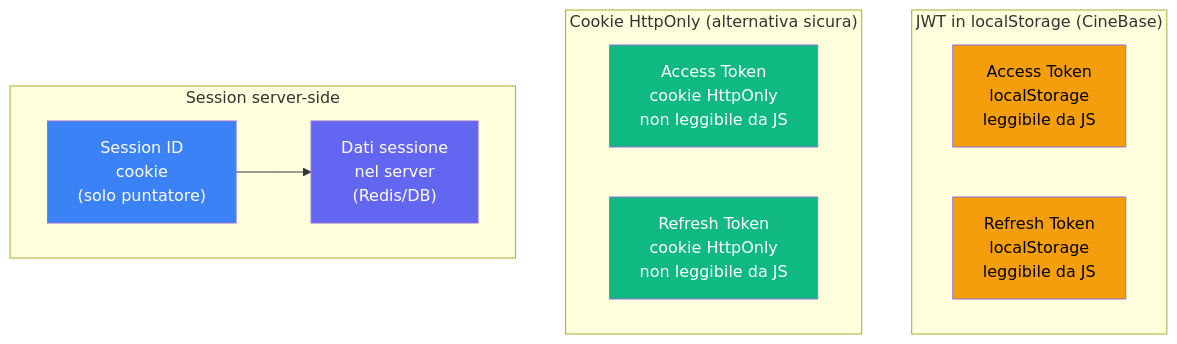
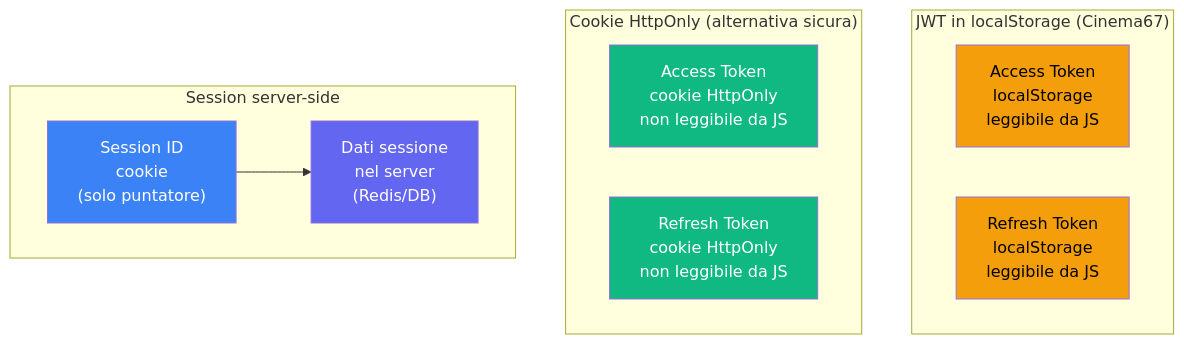
The sixth of 18 diagrams in docs/tutorials/TUTORIAL_AUTENTICAZIONE_WEB.md (GioeleUselli/Cinema67), drawn with Mermaid before and after one commit. The commit also changed other lines of this file and 123 other files, not shown here.

````diff
--- a/docs/tutorials/TUTORIAL_AUTENTICAZIONE_WEB.md
+++ b/docs/tutorials/TUTORIAL_AUTENTICAZIONE_WEB.md
@@ -649,25 +649,25 @@
 ```mermaid
 graph TD
-    subgraph JWT_LS["JWT in localStorage (CineBase)"]
+    subgraph JWT_LS["JWT in localStorage (Cinema67)"]
         LS_AT["Access Token\nlocalStorage\nleggibile da JS"]
         LS_RT["Refresh Token\nlocalStorage\nleggibile da JS"]
     end
 
     subgraph COOKIE_HO["Cookie HttpOnly (alternativa sicura)"]
         CO_AT["Access Token\ncookie HttpOnly\nnon leggibile da JS"]
         CO_RT["Refresh Token\ncookie HttpOnly\nnon leggibile da JS"]
     end
 
     subgraph SESSION["Session server-side"]
         SE_ID["Session ID\ncookie\n(solo puntatore)"]
         SE_DATA["Dati sessione\nnel server\n(Redis/DB)"]
         SE_ID --> SE_DATA
     end
 
     style LS_AT fill:#f59e0b,color:#000
     style LS_RT fill:#f59e0b,color:#000
     style CO_AT fill:#10b981,color:#fff
     style CO_RT fill:#10b981,color:#fff
     style SE_ID fill:#3b82f6,color:#fff
     style SE_DATA fill:#6366f1,color:#fff
 ```
````
